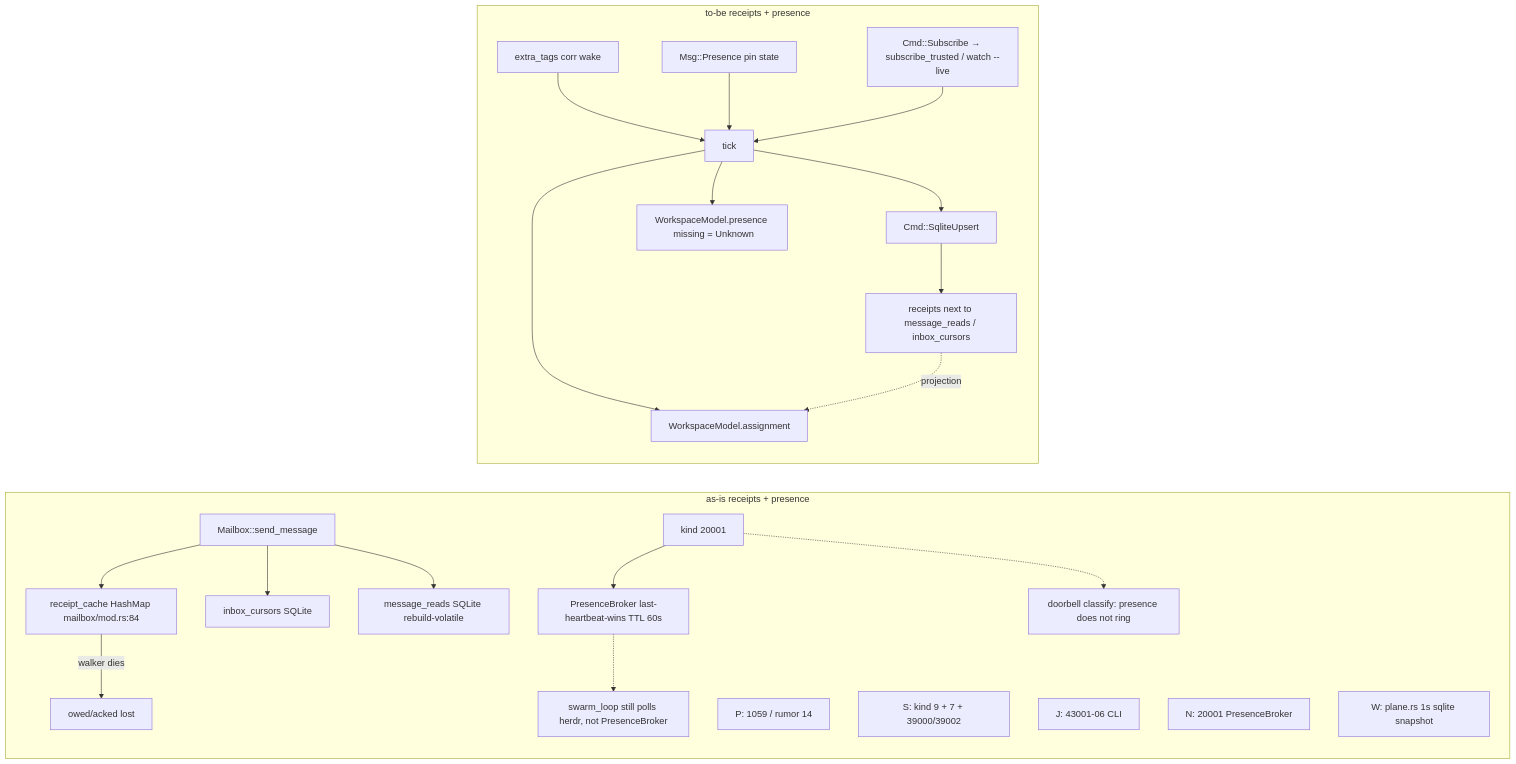
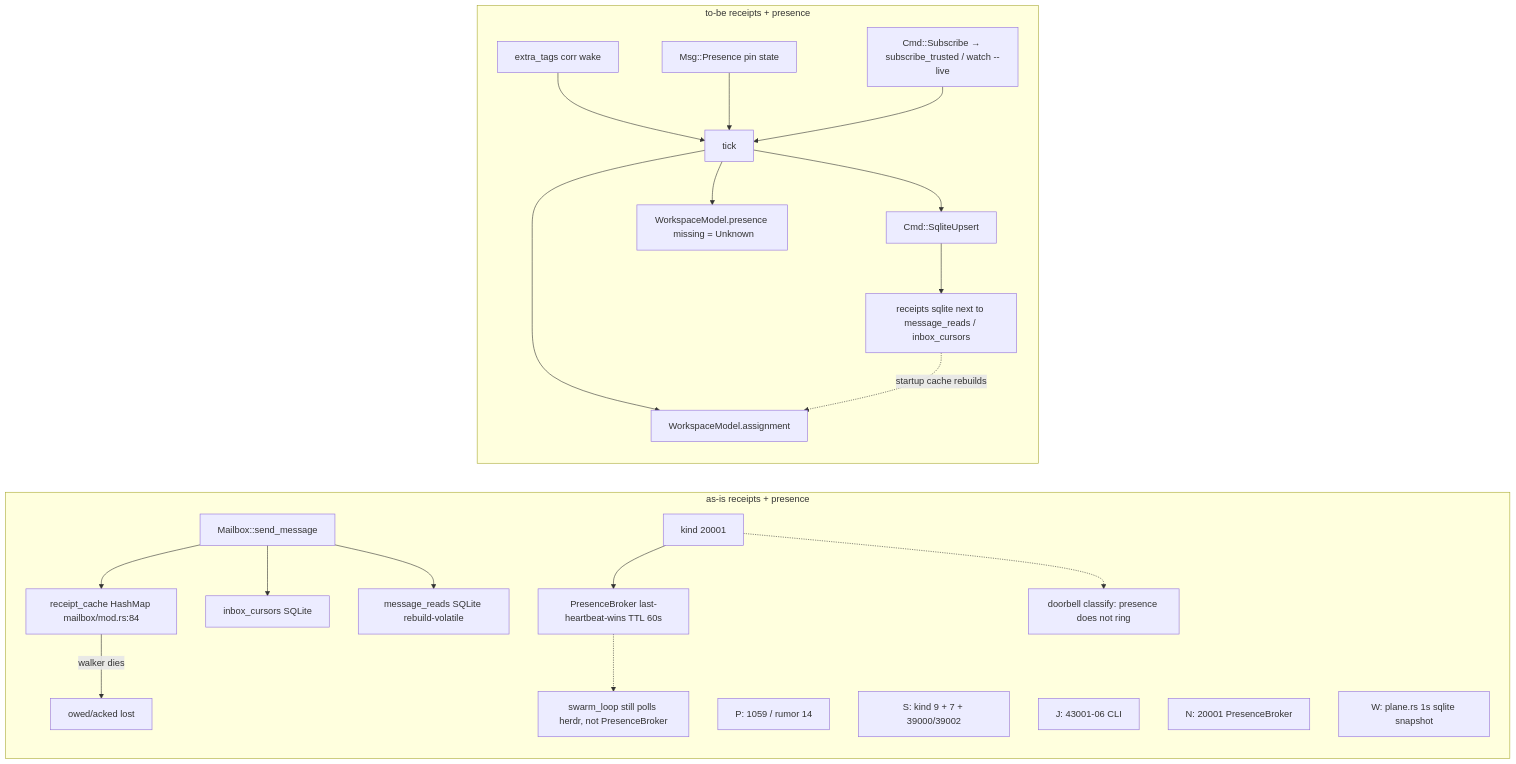
The fifth of 20 diagrams in docs/decisions/0027-one-workspace-tick-control-plane.md (bangedorrunt/toron), drawn with Mermaid before and after one commit. The commit also changed other lines of this file, not shown here.

First line of the commit message:
docs(adr): ADR-0027 — pin receipts store direction everywhere

````diff
--- a/docs/decisions/0027-one-workspace-tick-control-plane.md
+++ b/docs/decisions/0027-one-workspace-tick-control-plane.md
@@ -273,29 +273,29 @@
 ```mermaid
 flowchart LR
   subgraph recNow["as-is receipts + presence"]
     direction TB
     sendNow["Mailbox::send_message"] --> cacheNow["receipt_cache HashMap mailbox/mod.rs:84"]
     sendNow --> curNow["inbox_cursors SQLite"]
     sendNow --> readsNow["message_reads SQLite rebuild-volatile"]
     cacheNow -->|walker dies| lostNow["owed/acked lost"]
     kNNow["kind 20001"] --> brkNow["PresenceBroker last-heartbeat-wins TTL 60s"]
     kNNow -.-> clsNow["doorbell classify: presence does not ring"]
     brkNow -.-> lpNow["swarm_loop still polls herdr, not PresenceBroker"]
     pNow["P: 1059 / rumor 14"]
     sNow["S: kind 9 + 7 + 39000/39002"]
     jNow["J: 43001-06 CLI"]
     nNow["N: 20001 PresenceBroker"]
     wNow["W: plane.rs 1s sqlite snapshot"]
   end
   subgraph recLater["to-be receipts + presence"]
     direction TB
     tagsLater["extra_tags corr wake"] --> tRec["tick"]
     tRec --> asgRec["WorkspaceModel.assignment"]
     tRec --> sqlRec["Cmd::SqliteUpsert"]
-    sqlRec --> projRec["receipts next to message_reads / inbox_cursors"]
-    projRec -.->|projection| asgRec
+    sqlRec --> projRec["receipts sqlite next to message_reads / inbox_cursors"]
+    projRec -.->|startup cache rebuilds| asgRec
     presLater["Msg::Presence pin state"] --> tRec
     tRec --> mapLater["WorkspaceModel.presence  missing = Unknown"]
     liveW["Cmd::Subscribe → subscribe_trusted / watch --live"] --> tRec
   end
 ```
````
